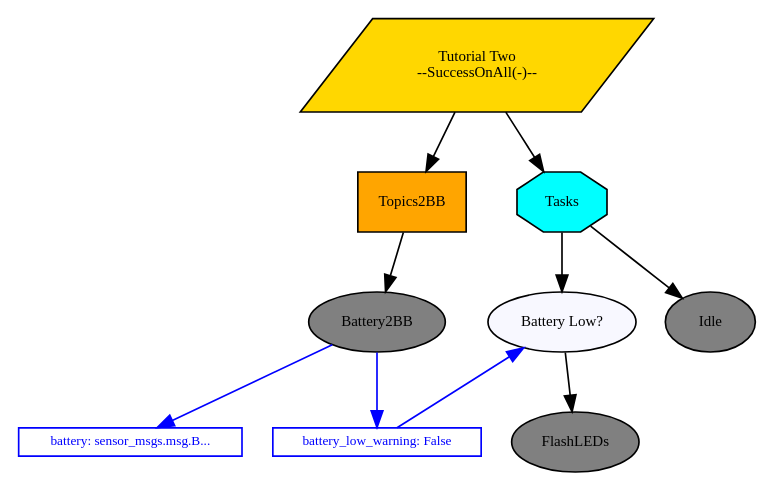
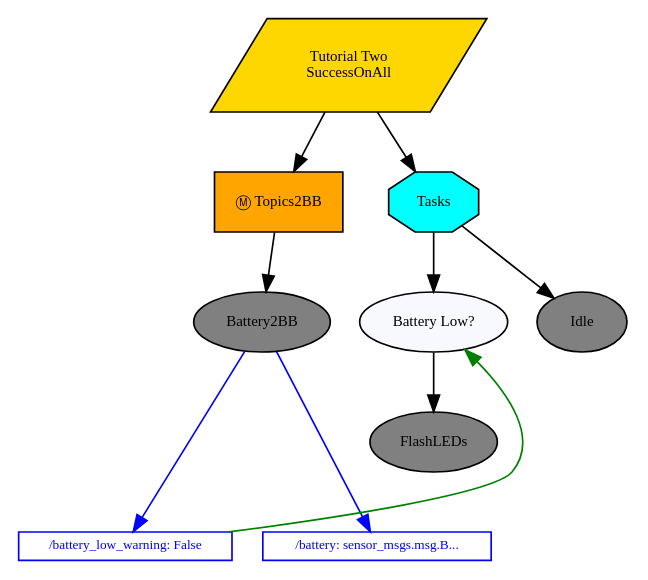
Before and after one commit to splintered-reality/py_trees_ros_tutorials: the diagram in doc/dot/tutorial-two-battery-check.dot, drawn with Graphviz. The commit also changed 8 other files, not shown here.

```diff
--- a/doc/dot/tutorial-two-battery-check.dot
+++ b/doc/dot/tutorial-two-battery-check.dot
@@ -1,37 +1,30 @@
 digraph pastafarianism {
+ordering=out;
 graph [fontname="times-roman"];
 node [fontname="times-roman"];
 edge [fontname="times-roman"];
-"Tutorial Two" [label="Tutorial Two\n--SuccessOnAll(-)--", shape=parallelogram, style=filled, fillcolor=gold, fontsize=9, fontcolor=black];
-Topics2BB [label=Topics2BB, shape=box, style=filled, fillcolor=orange, fontsize=9, fontcolor=black];
+"Tutorial Two" [fillcolor=gold, fontcolor=black, fontsize=9, label="Tutorial Two\nSuccessOnAll", shape=parallelogram, style=filled];
+Topics2BB [fillcolor=orange, fontcolor=black, fontsize=9, label="Ⓜ Topics2BB", shape=box, style=filled];
 "Tutorial Two" -> Topics2BB;
-Battery2BB [label=Battery2BB, shape=ellipse, style=filled, fillcolor=gray, fontsize=9, fontcolor=black];
+Battery2BB [fillcolor=gray, fontcolor=black, fontsize=9, label=Battery2BB, shape=ellipse, style=filled];
 Topics2BB -> Battery2BB;
-Tasks [label=Tasks, shape=octagon, style=filled, fillcolor=cyan, fontsize=9, fontcolor=black];
+Tasks [fillcolor=cyan, fontcolor=black, fontsize=9, label=Tasks, shape=octagon, style=filled];
 "Tutorial Two" -> Tasks;
-"Battery Low?" [label="Battery Low?", shape=ellipse, style=filled, fillcolor=ghostwhite, fontsize=9, fontcolor=black];
+"Battery Low?" [fillcolor=ghostwhite, fontcolor=black, fontsize=9, label="Battery Low?", shape=ellipse, style=filled];
 Tasks -> "Battery Low?";
-FlashLEDs [label=FlashLEDs, shape=ellipse, style=filled, fillcolor=gray, fontsize=9, fontcolor=black];
+FlashLEDs [fillcolor=gray, fontcolor=black, fontsize=9, label=FlashLEDs, shape=ellipse, style=filled];
 "Battery Low?" -> FlashLEDs;
-Idle [label=Idle, shape=ellipse, style=filled, fillcolor=gray, fontsize=9, fontcolor=black];
+Idle [fillcolor=gray, fontcolor=black, fontsize=9, label=Idle, shape=ellipse, style=filled];
 Tasks -> Idle;
-subgraph  {
-label=children_of_Tasks;
-rank=same;
-"Battery Low?" [label="Battery Low?", shape=ellipse, style=filled, fillcolor=ghostwhite, fontsize=9, fontcolor=black];
-Idle [label=Idle, shape=ellipse, style=filled, fillcolor=gray, fontsize=9, fontcolor=black];
+"/battery_low_warning" -> "Battery Low?"  [color=green, constraint=False, weight=0];
+Battery2BB -> "/battery_low_warning"  [color=blue, constraint=False, weight=0];
+Battery2BB -> "/battery"  [color=blue, constraint=False, weight=0];
+subgraph Blackboard {
+id=Blackboard;
+label=Blackboard;
+rank=sink;
+"/battery_low_warning" [color=blue, fillcolor=white, fixedsize=False, fontcolor=blue, fontsize=8, height=0, label="/battery_low_warning: False", shape=box, style=filled, width=0];
+"/battery" [color=blue, fillcolor=white, fixedsize=False, fontcolor=blue, fontsize=8, height=0, label="/battery: sensor_msgs.msg.B...", shape=box, style=filled, width=0];
 }
 
-subgraph  {
-label="children_of_Tutorial Two";
-rank=same;
-Topics2BB [label=Topics2BB, shape=box, style=filled, fillcolor=orange, fontsize=9, fontcolor=black];
-Tasks [label=Tasks, shape=octagon, style=filled, fillcolor=cyan, fontsize=9, fontcolor=black];
 }
-
-battery [label="battery: sensor_msgs.msg.B...", shape=box, style=filled, color=blue, fillcolor=white, fontsize=8, fontcolor=blue, width=0, height=0, fixedsize=False];
-Battery2BB -> battery  [color=blue, constraint=True];
-battery_low_warning [label="battery_low_warning: False", shape=box, style=filled, color=blue, fillcolor=white, fontsize=8, fontcolor=blue, width=0, height=0, fixedsize=False];
-battery_low_warning -> "Battery Low?"  [color=blue, constraint=False];
-Battery2BB -> battery_low_warning  [color=blue, constraint=True];
-}
```
